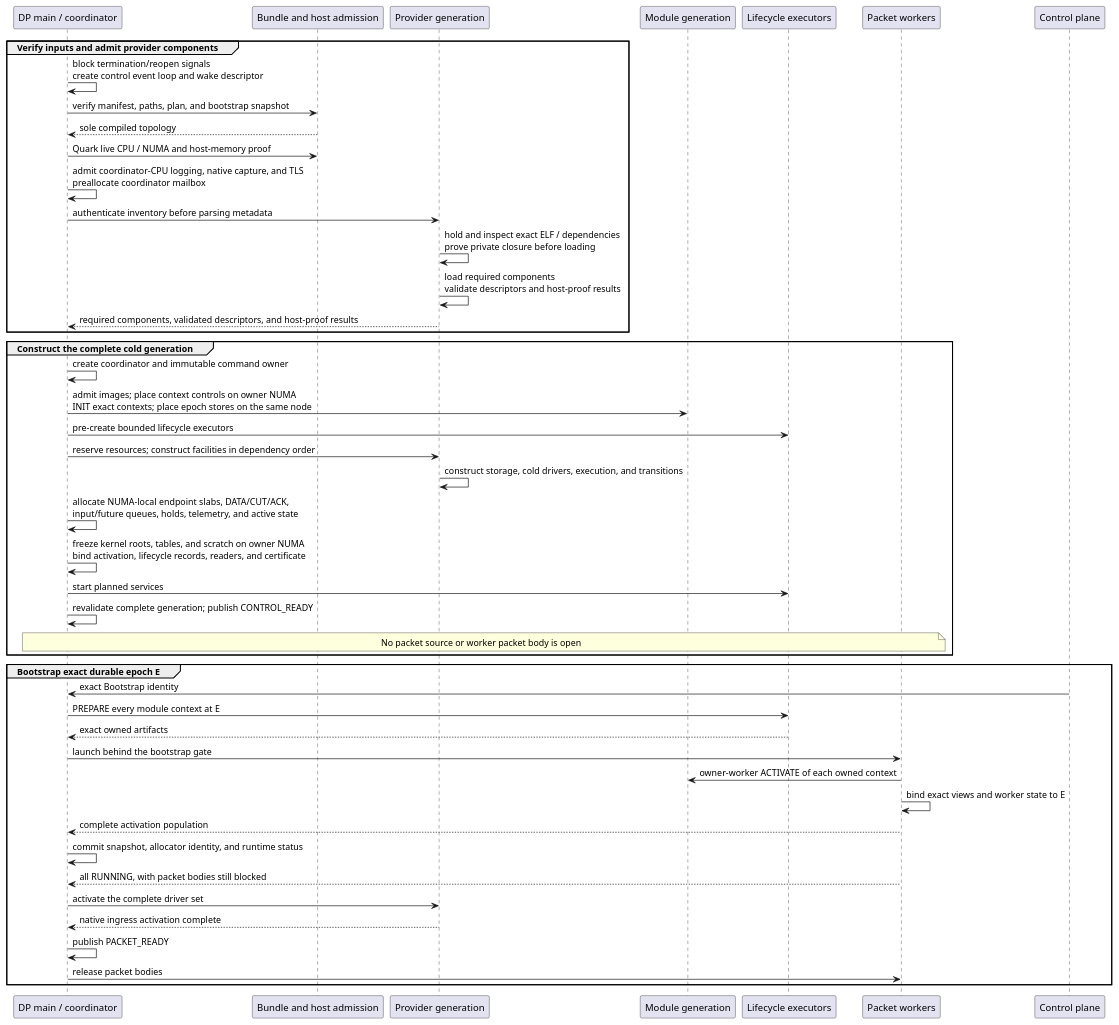
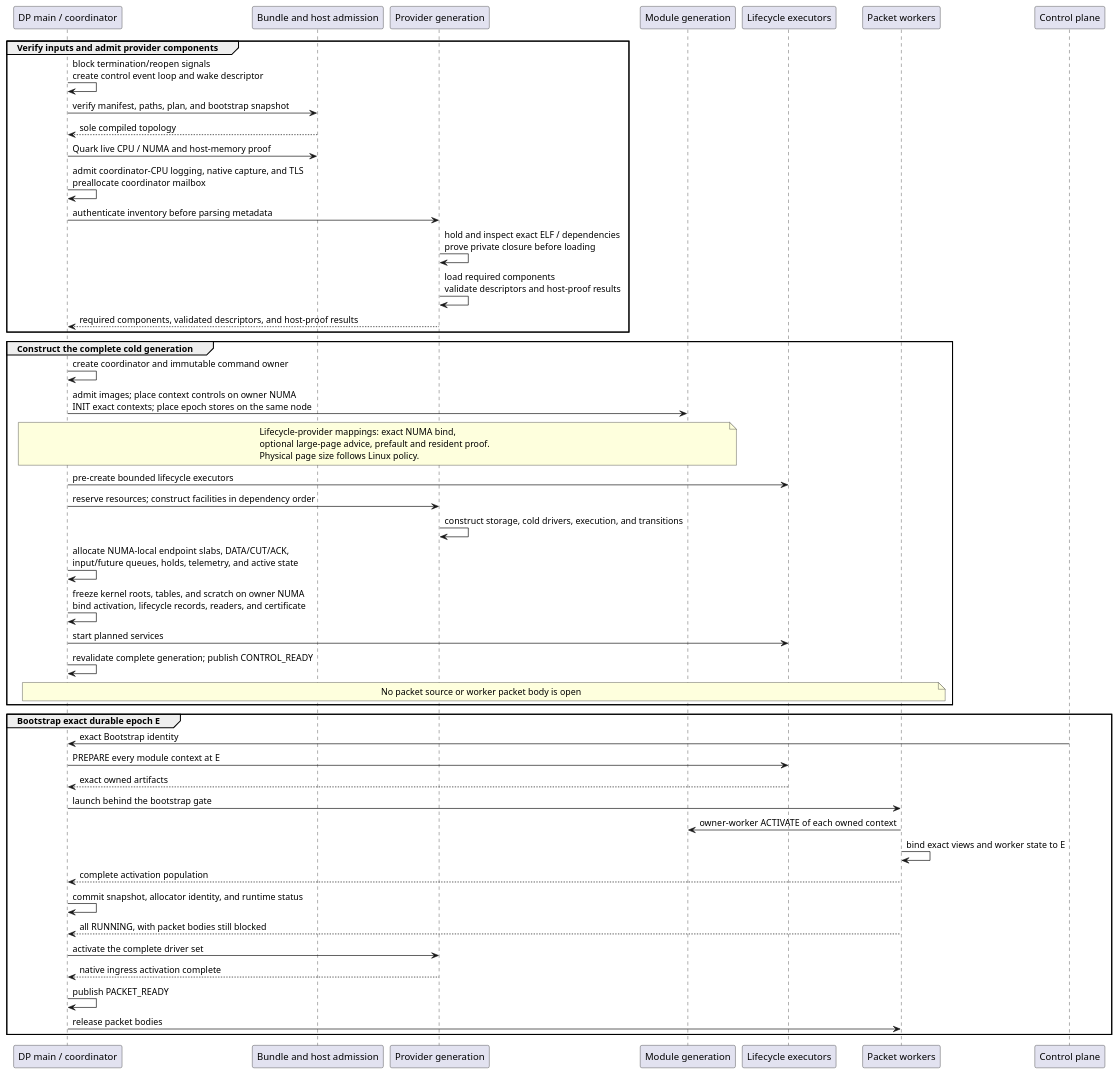
Diagram 21 of 30 in docs/diagrams/platform_architecture.md (flemingpatel/kinetum), drawn with PlantUML before and after one commit. The commit also changed other lines of this file and 16 other files, not shown here.

Commit message:
profiling3: prefer large pages for lifecycle memory

````diff
--- a/docs/diagrams/platform_architecture.md
+++ b/docs/diagrams/platform_architecture.md
@@ -1756,50 +1756,51 @@
 ```{uml}
 @startuml
 participant "DP main / coordinator" as D
 participant "Bundle and host admission" as V
 participant "Provider generation" as P
 participant "Module generation" as M
 participant "Lifecycle executors" as L
 participant "Packet workers" as W
 participant "Control plane" as CP
 
 group Verify inputs and admit provider components
     D->D: block termination/reopen signals\ncreate control event loop and wake descriptor
     D->V: verify manifest, paths, plan, and bootstrap snapshot
     V-->D: sole compiled topology
     D->V: Quark live CPU / NUMA and host-memory proof
     D->D: admit coordinator-CPU logging, native capture, and TLS\npreallocate coordinator mailbox
     D->P: authenticate inventory before parsing metadata
     P->P: hold and inspect exact ELF / dependencies\nprove private closure before loading
     P->P: load required components\nvalidate descriptors and host-proof results
     P-->D: required components, validated descriptors, and host-proof results
 end
 group Construct the complete cold generation
     D->D: create coordinator and immutable command owner
     D->M: admit images; place context controls on owner NUMA\nINIT exact contexts; place epoch stores on the same node
+    note over D,M: Lifecycle-provider mappings: exact NUMA bind,\noptional large-page advice, prefault and resident proof.\nPhysical page size follows Linux policy.
     D->L: pre-create bounded lifecycle executors
     D->P: reserve resources; construct facilities in dependency order
     P->P: construct storage, cold drivers, execution, and transitions
     D->D: allocate NUMA-local endpoint slabs, DATA/CUT/ACK,\ninput/future queues, holds, telemetry, and active state
     D->D: freeze kernel roots, tables, and scratch on owner NUMA\nbind activation, lifecycle records, readers, and certificate
     D->L: start planned services
     D->D: revalidate complete generation; publish CONTROL_READY
     note over D,W: No packet source or worker packet body is open
 end
 group Bootstrap exact durable epoch E
     CP->D: exact Bootstrap identity
     D->L: PREPARE every module context at E
     L-->D: exact owned artifacts
     D->W: launch behind the bootstrap gate
     W->M: owner-worker ACTIVATE of each owned context
     W->W: bind exact views and worker state to E
     W-->D: complete activation population
     D->D: commit snapshot, allocator identity, and runtime status
     W-->D: all RUNNING, with packet bodies still blocked
     D->P: activate the complete driver set
     P-->D: native ingress activation complete
     D->D: publish PACKET_READY
     D->W: release packet bodies
 end
 @enduml
 ```
````
